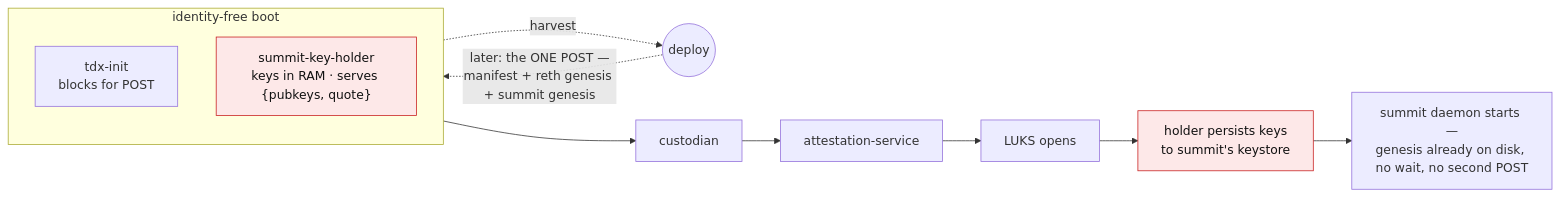
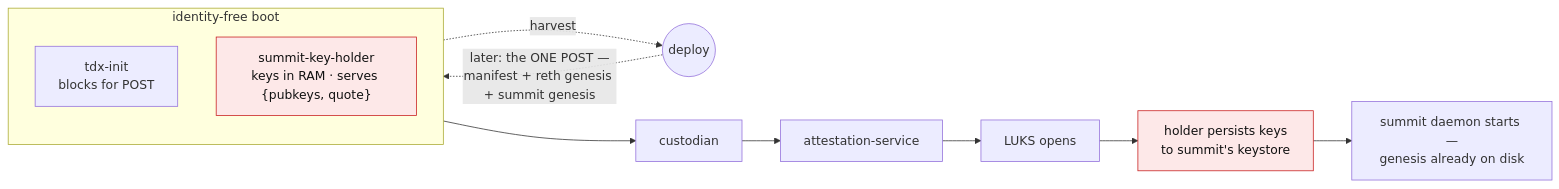
The second of 3 diagrams in docs/tee/network-founding.md (HusseinAdeiza/seismic), drawn with Mermaid before and after one commit. The commit also changed other lines of this file and 5 other files, not shown here.

````diff
--- a/docs/tee/network-founding.md
+++ b/docs/tee/network-founding.md
@@ -194,14 +135,14 @@
 ```mermaid
 flowchart LR
     subgraph boot [identity-free boot]
         direction TB
         T[tdx-init<br/>blocks for POST]
         K["summit-key-holder<br/>keys in RAM · serves {pubkeys, quote}"]
     end
     K -. harvest .-> D((deploy))
     D -. "later: the ONE POST —<br/>manifest + reth genesis + summit genesis" .-> T
     T --> C[custodian] --> A[attestation-service] --> L[LUKS opens]
-    L --> PK["holder persists keys<br/>to summit's keystore"] --> S["summit daemon starts —<br/>genesis already on disk, no wait, no second POST"]
-    classDef moves fill:#fde8e8,stroke:#c81e1e,color:#111;
-    class K,PK moves;
+    L --> PK["holder persists keys<br/>to summit's keystore"] --> S["summit daemon starts —<br/>genesis already on disk"]
+    classDef holder fill:#fde8e8,stroke:#c81e1e,color:#111;
+    class K,PK holder;
 ```
````
